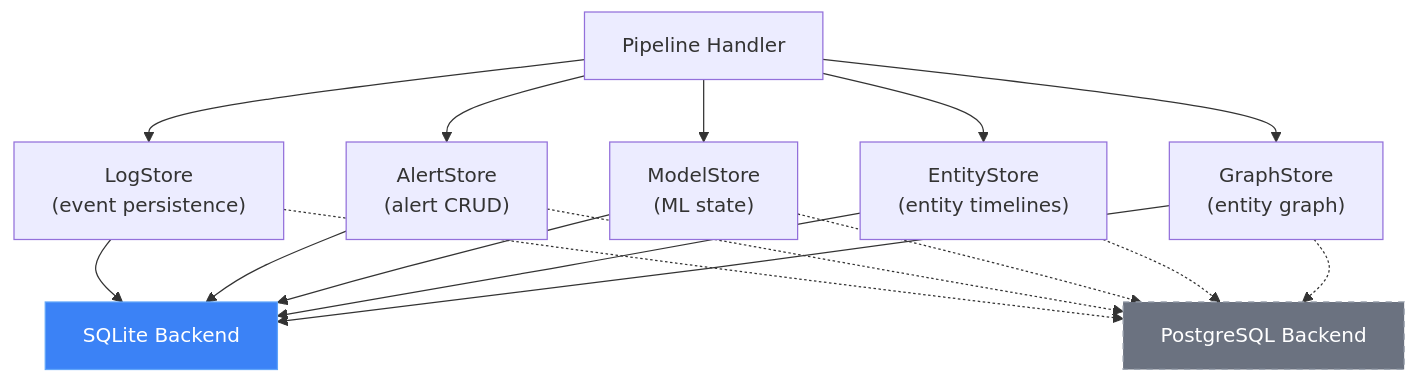
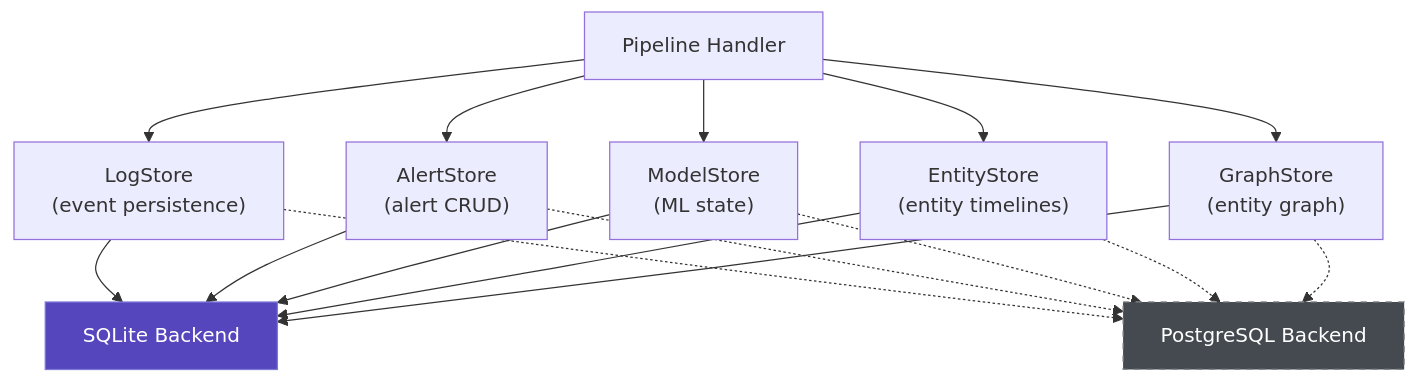
Before and after one commit to seerflow/seerflow-guide: the first of 2 diagrams in docs/operations/storage.md, drawn with Mermaid. The commit also changed 9 other files, not shown here.

First line of the commit message:
fix(brand): recolor mermaid diagrams to brand palette

````diff
--- a/docs/operations/storage.md
+++ b/docs/operations/storage.md
@@ -16,25 +16,25 @@
 ```mermaid
 flowchart TB
     Pipeline["Pipeline Handler"]
 
     Pipeline --> LogStore["LogStore\n(event persistence)"]
     Pipeline --> AlertStore["AlertStore\n(alert CRUD)"]
     Pipeline --> ModelStore["ModelStore\n(ML state)"]
     Pipeline --> EntityStore["EntityStore\n(entity timelines)"]
     Pipeline --> GraphStore["GraphStore\n(entity graph)"]
 
     LogStore --> SQLite["SQLite Backend"]
     AlertStore --> SQLite
     ModelStore --> SQLite
     EntityStore --> SQLite
     GraphStore --> SQLite
 
     LogStore -.-> PG["PostgreSQL Backend"]
     AlertStore -.-> PG
     ModelStore -.-> PG
     EntityStore -.-> PG
     GraphStore -.-> PG
 
-    style SQLite fill:#3b82f6,color:#fff,stroke:#60a5fa
-    style PG fill:#6b7280,color:#fff,stroke:#9ca3af,stroke-dasharray:5 5
+    style SQLite fill:#5546bd,color:#fff,stroke:#7c79d7
+    style PG fill:#444a4f,color:#fff,stroke:#82878c,stroke-dasharray:5 5
 ```
````
